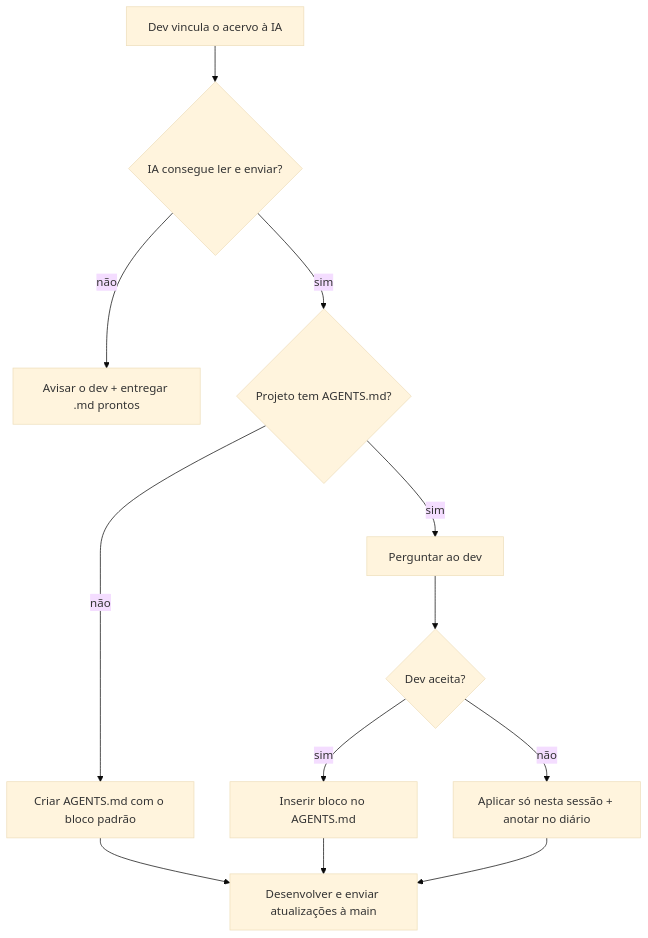
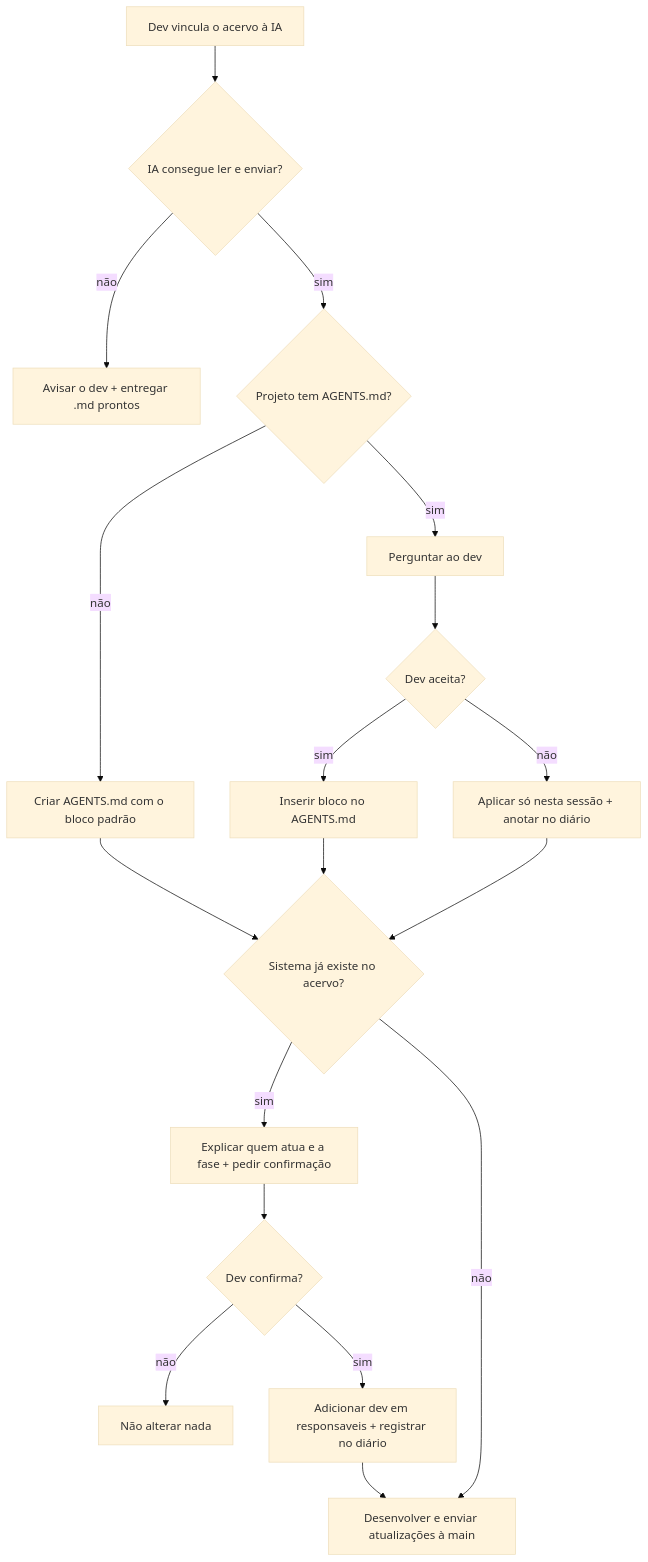
Before and after one commit to pablo-rodrigues1/AETHERIUS-ACERVO-DE-INFORMACOES: the diagram in 05-processos/integracao-ia.md, drawn with Mermaid (base theme). The commit also changed other lines of this file and 3 other files, not shown here.

First line of the commit message:
docs(acervo): confirmação do dev ao atuar em sistema já existente

````diff
--- a/05-processos/integracao-ia.md
+++ b/05-processos/integracao-ia.md
@@ -17,11 +17,15 @@
 ```mermaid
 flowchart TD
   A[Dev vincula o acervo à IA] --> B{IA consegue ler e enviar?}
   B -- não --> C[Avisar o dev + entregar .md prontos]
   B -- sim --> D{Projeto tem AGENTS.md?}
   D -- não --> E[Criar AGENTS.md com o bloco padrão]
   D -- sim --> F[Perguntar ao dev] --> G{Dev aceita?}
   G -- sim --> H[Inserir bloco no AGENTS.md]
   G -- não --> I[Aplicar só nesta sessão + anotar no diário]
-  E & H & I --> J[Desenvolver e enviar atualizações à main]
+  E & H & I --> K{Sistema já existe no acervo?}
+  K -- sim --> L[Explicar quem atua e a fase + pedir confirmação] --> M{Dev confirma?}
+  M -- não --> N[Não alterar nada]
+  M -- sim --> O[Adicionar dev em responsaveis + registrar no diário] --> J
+  K -- não --> J[Desenvolver e enviar atualizações à main]
 ```
````
